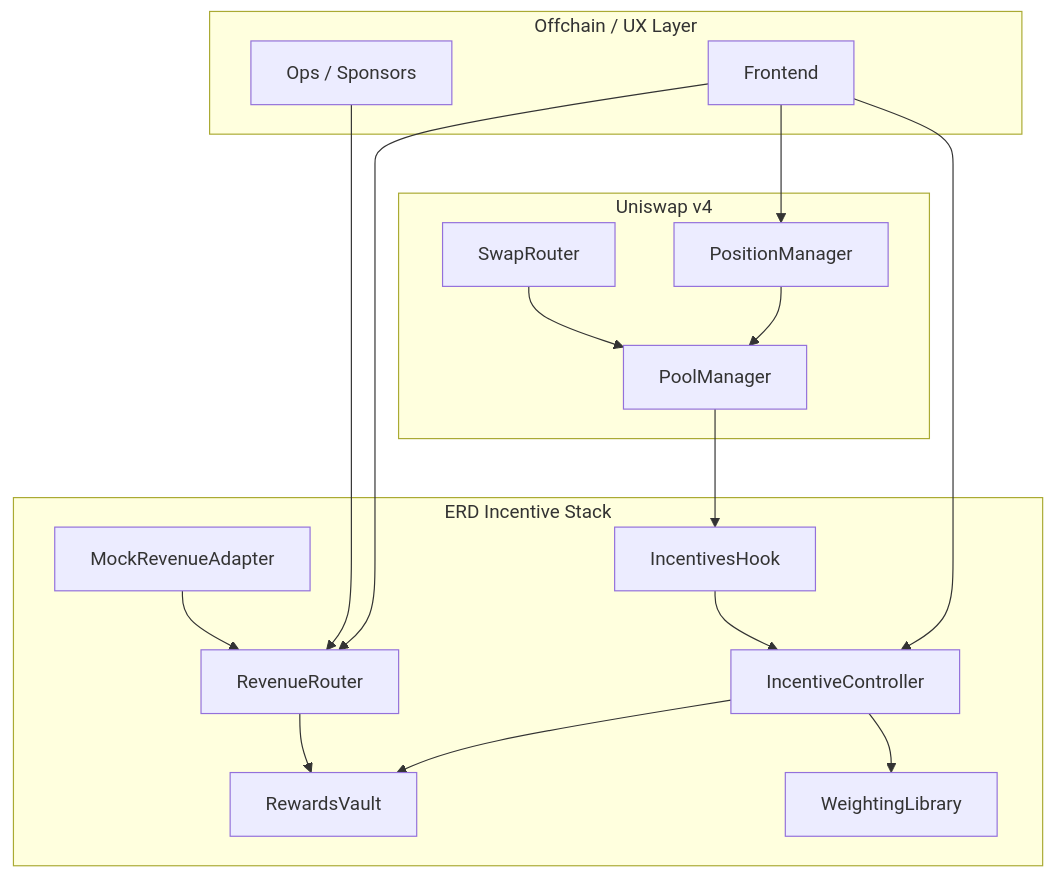
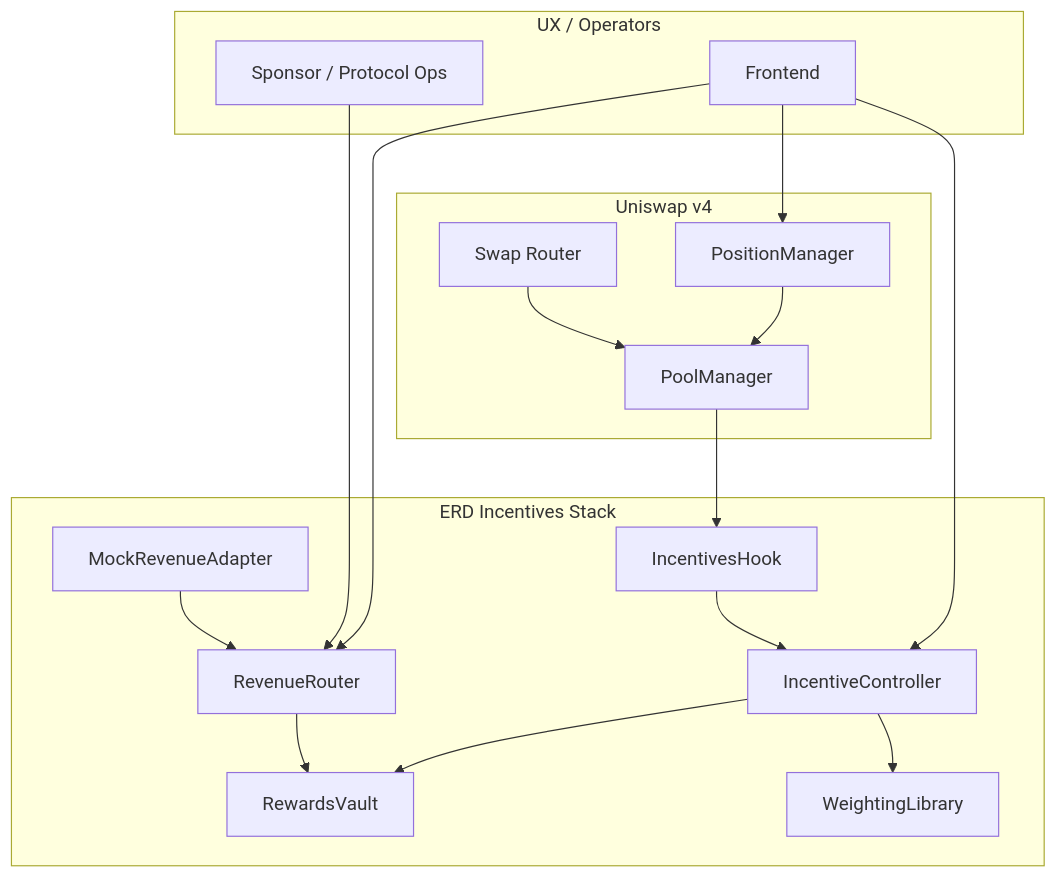
Before and after one commit to blue-benz/ERD-Hook: the second of 3 diagrams in README.md, drawn with Mermaid. The commit also changed other lines of this file and 7 other files, not shown here.

````diff
--- a/README.md
+++ b/README.md
@@ -84,36 +88,35 @@
 ```mermaid
 flowchart TB
-  subgraph Offchain["Offchain / UX Layer"]
+  subgraph UX["UX / Operators"]
     FE[Frontend]
-    OPS[Ops / Sponsors]
+    SP[Sponsor / Protocol Ops]
   end
 
-  subgraph UniswapV4["Uniswap v4"]
+  subgraph UniV4["Uniswap v4"]
     PM[PoolManager]
     POSM[PositionManager]
-    SWAP[SwapRouter]
+    SR[Swap Router]
   end
 
-  subgraph ERD["ERD Incentive Stack"]
-    HOOK[IncentivesHook]
-    CTRL[IncentiveController]
-    ROUTER[RevenueRouter]
-    VAULT[RewardsVault]
-    WEIGHT[WeightingLibrary]
-    ADAPTER[MockRevenueAdapter]
+  subgraph ERD["ERD Incentives Stack"]
+    HK[IncentivesHook]
+    IC[IncentiveController]
+    RR[RevenueRouter]
+    RV[RewardsVault]
+    WL[WeightingLibrary]
+    RA[MockRevenueAdapter]
   end
 
-  FE --> CTRL
-  FE --> ROUTER
+  FE --> IC
+  FE --> RR
   FE --> POSM
-  OPS --> ROUTER
-
+  SP --> RR
   POSM --> PM
-  SWAP --> PM
-  PM --> HOOK
-  HOOK --> CTRL
-  CTRL --> WEIGHT
-  CTRL --> VAULT
-  ROUTER --> VAULT
-  ADAPTER --> ROUTER
+  SR --> PM
+  PM --> HK
+  HK --> IC
+  IC --> RV
+  IC --> WL
+  RR --> RV
+  RA --> RR
 ```
````
